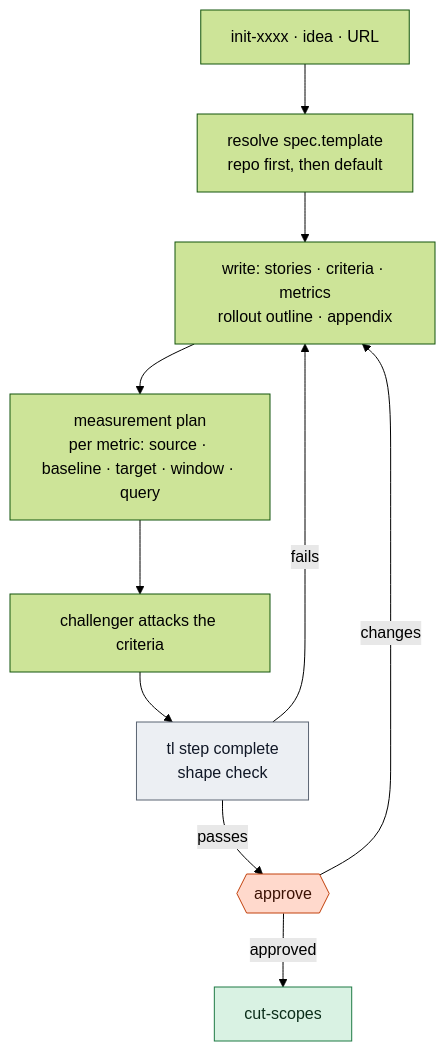
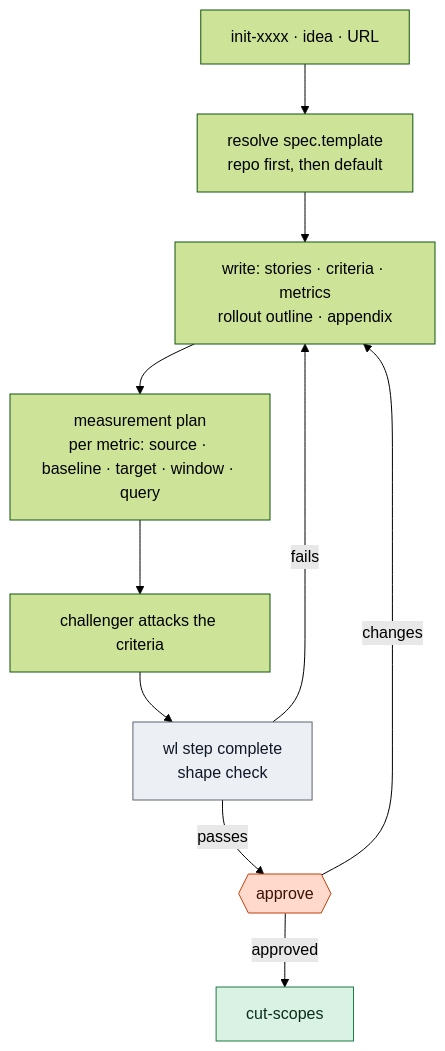
Before and after one commit to dreamingechoes/wholeloop: the diagram in docs/flow/define/write-spec.md, drawn with Mermaid (forest theme). The commit also changed other lines of this file and 61 other files, not shown here.

````diff
--- a/docs/flow/define/write-spec.md
+++ b/docs/flow/define/write-spec.md
@@ -31,15 +31,15 @@
 ```mermaid
 flowchart TD
   IN["init-xxxx · idea · URL"] --> T["resolve spec.template<br/>repo first, then default"]
   T --> W["write: stories · criteria · metrics<br/>rollout outline · appendix"]
   W --> M["measurement plan<br/>per metric: source · baseline · target · window · query"]
   M --> CH["challenger attacks the criteria"]
-  CH --> SH["tl step complete<br/>shape check"]:::core
+  CH --> SH["wl step complete<br/>shape check"]:::core
   SH -- "fails" --> W
   SH -- "passes" --> AP{{"approve"}}:::person
   AP -- "changes" --> W
   AP -- "approved" --> NEXT["cut-scopes"]:::define
   classDef define fill:#d9f2e3,stroke:#1f7a45,color:#0b2e1a;
   classDef person fill:#ffd9cc,stroke:#c2410c,color:#3b1205;
   classDef core fill:#eceff3,stroke:#5b6573,color:#111827;
 ```
````
